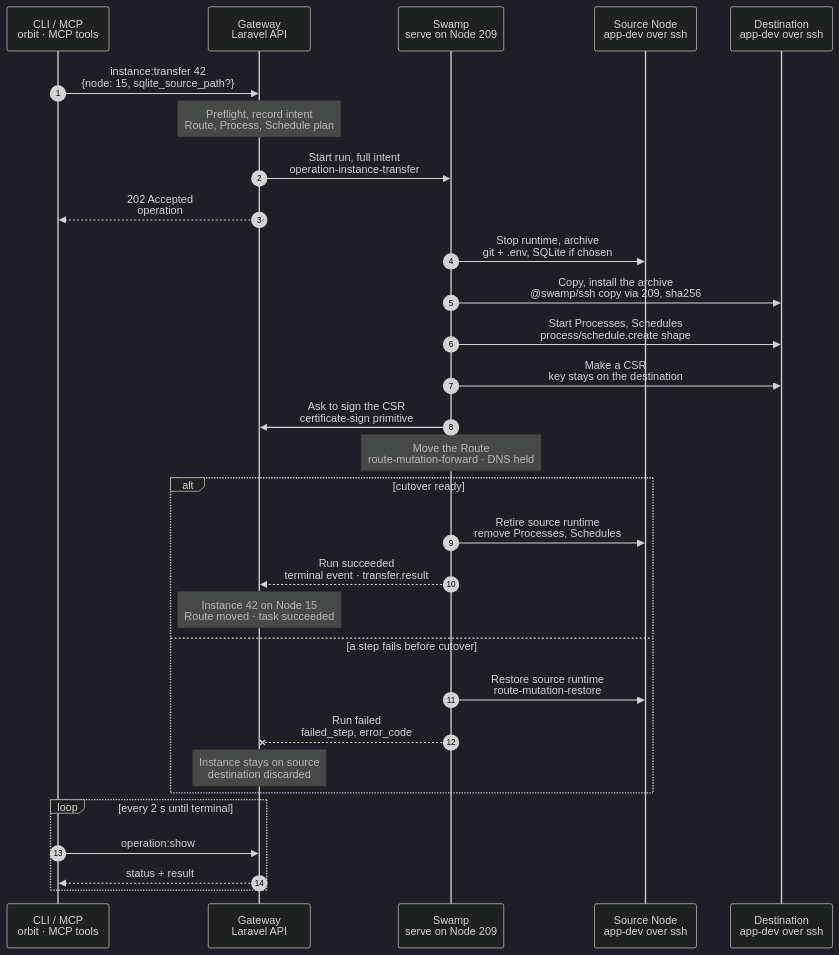
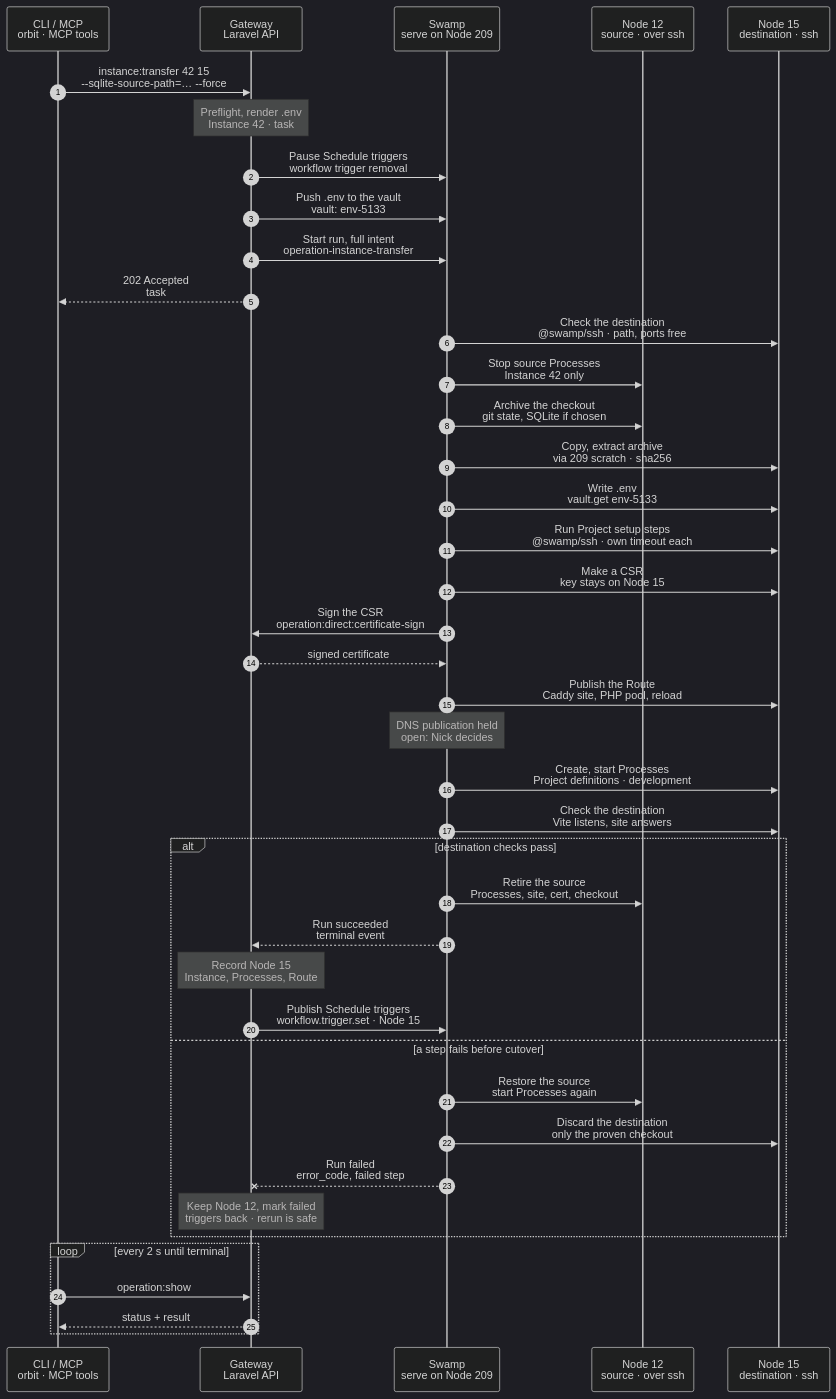
One commit to hardimpactdev/orbit changed the diagram in docs/flows/instance.transfer.mmd. Above: the diagram before and after it, drawn with Mermaid (dark theme). The commit also changed 10 other files, not shown here.

First line of the commit message:
docs(flows): wave 3 charts (dev Instance lifecycle, Project maintenance) (#2436)

```diff
--- a/docs/flows/instance.transfer.mmd
+++ b/docs/flows/instance.transfer.mmd
@@ -1,37 +1,173 @@
 sequenceDiagram
-  %% Target design: ADR 0244 task + full intent as inputs, single-swamp-node; DECISIONS scope (SQLite only when chosen, Schedules move, cert from destination CSR in-run) + 2 (DNS held).
+  %% Target design: ADR 0244 task + full intent as inputs, R1-R4, single-swamp-node; DECISIONS scope (SQLite only when chosen, Schedules move, cert from destination CSR in-run), 1 (signing is the one step→Gateway call), 2 (DNS held); .env and Processes as in instance.create. docs/reference/instance-transfer.md.
   %% status: draft
+  %% command: instance:transfer
   autonumber
   %% lane CLI icon=terminal pill=caller tone=gray
   %% lane GW icon=gateway pill=intent tone=blue
   %% lane SW icon=workflow pill=executes tone=green
   %% lane S icon=server pill=target tone=amber
   %% lane D icon=server pill=target tone=purple
   participant CLI as CLI / MCP<br/>orbit · MCP tools
   participant GW as Gateway<br/>Laravel API
   participant SW as Swamp<br/>serve on Node 209
-  participant S as Source Node<br/>app-dev over ssh
-  participant D as Destination<br/>app-dev over ssh
-  CLI->>GW: instance:transfer 42<br/>{node: 15, sqlite_source_path?}
-  Note over GW: Preflight, record intent<br/>Route, Process, Schedule plan
+  participant S as Node 12<br/>source · over ssh
+  participant D as Node 15<br/>destination · ssh
+  CLI->>GW: instance:transfer 42 15<br/>--sqlite-source-path=… --force
+  %%> Command:
+  %%> - `orbit instance:transfer 42 15 --sqlite-source-path=/fast/apps/acme/feature/database/database.sqlite --force`
+  %%> - syntax: `<instance> <node> [--name=NAME] [--sqlite-source-path=PATH] [--force] [--idempotency-key=KEY] [--json]`
+  %%> What it does:
+  %%> - moves development Instance 42 from Node 12 to Node 15; the Instance id and Project stay
+  %%> Confirmation:
+  %%> - without `--force`, the CLI asks for consent that names the source, destination and downtime; the default is No
+  %%> - without a terminal, or with `--json`, `--force` is required
+  %%> Options:
+  %%> - `--name`: another Instance name on Node 15
+  %%> - `--sqlite-source-path`: also copy this SQLite file; without it, no database file moves
+  Note over GW: Preflight, render .env<br/>Instance 42 · task #5133
+  %%> Requirements:
+  %%> - your Node has access grants to Node 12 and Node 15
+  %%> - both Nodes have the `app-dev` role and belong to active Clusters
+  %%> - Project 7 may be placed on Node 15, and the destination path is free
+  %%> - Instance 42 is an active development Instance with one active Route, and no removal runs
+  %%> Plans:
+  %%> - the Processes from Project 7's definitions for `development`, with Node 15's ports
+  %%> - the Route on Node 15, and the Schedules' new target
+  %%> Renders .env:
+  %%> - from the stored environment of Instance 42, with Node 15 values such as `APP_URL`
+  %%> Result:
+  %%> - Instance 42 marked transferring; task #5133 recorded with the full intent
+  GW->>SW: Pause Schedule triggers<br/>workflow trigger removal
+  %%> What it does:
+  %%> - removes the native Swamp schedule trigger of each Schedule of Instance 42
+  %%> - there is no Node work here; Schedules install nothing on Nodes
+  %%> Why:
+  %%> - no fire runs against Node 12 during the move
+  GW->>SW: Push .env to the vault<br/>vault: env-5133
+  %%> Why:
+  %%> - `.env` can hold secrets, which travel only through the vault
+  %%> Result:
+  %%> - the run reads it with `vault.get`; no step asks the Gateway for it
   GW->>SW: Start run, full intent<br/>operation-instance-transfer
-  GW-->>CLI: 202 Accepted<br/>operation #5133
-  SW->>S: Stop runtime, archive<br/>git + .env, SQLite if chosen
-  SW->>D: Copy, install the archive<br/>@swamp/ssh copy via 209, sha256
-  SW->>D: Start Processes, Schedules<br/>process/schedule.create shape
-  SW->>D: Make a CSR<br/>key stays on the destination
-  SW->>GW: Ask to sign the CSR<br/>certificate-sign primitive
-  Note over SW: Move the Route<br/>route-mutation-forward · DNS held
-  alt cutover ready
-    SW->>S: Retire source runtime<br/>remove Processes, Schedules
-    SW-->>GW: Run succeeded<br/>terminal event · transfer.result
-    Note over GW: Instance 42 on Node 15<br/>Route moved · task succeeded
+  %%> What it does:
+  %%> - starts one run of `operation-instance-transfer` on Swamp serve (Node 209)
+  %%> Inputs:
+  %%> - both Nodes' addresses and SSH host keys; the SSH identity comes from the `swamp` role
+  %%> - paths, Process plan, Route plan, SQLite path when chosen
+  %%> - secrets only as vault key names
+  GW-->>CLI: 202 Accepted<br/>task #5133
+  %%> What you get:
+  %%> - the task number, at once
+  %%> Next:
+  %%> - the CLI follows the task with `operation:show`
+  SW->>D: Check the destination<br/>@swamp/ssh · path, ports free
+  %%> What it does:
+  %%> - checks that the destination path is free and the planned ports are unused
+  %%> Why first:
+  %%> - Node 12 keeps running until Node 15 is known to be ready
+  SW->>S: Stop source Processes<br/>Instance 42 only
+  %%> What it does:
+  %%> - stops the Processes of Instance 42 on Node 12; downtime starts here
+  %%> Keeps:
+  %%> - the Process units, for a restore if the move fails
+  SW->>S: Archive the checkout<br/>git state, SQLite if chosen
+  %%> What it does:
+  %%> - packs the Git history, branch, origin, index, unstaged edits and untracked files
+  %%> - adds the SQLite file only when `--sqlite-source-path` was given
+  %%> Not included:
+  %%> - `.env`; the Gateway rendered a new one for Node 15
+  %%> Linked worktree:
+  %%> - becomes an independent checkout on Node 15; the common repository on Node 12 stays unchanged
+  SW->>D: Copy, extract archive<br/>via 209 scratch · sha256
+  %%> How:
+  %%> - copies the archive over `@swamp/ssh` through private scratch space on 209, and checks its hash
+  %%> What it does:
+  %%> - extracts it into the destination path, as Node 15's managed user
+  %%> Refuses:
+  %%> - paths or links that escape the checkout
+  %%> Cleanup:
+  %%> - removes the scratch archives on all three Nodes
+  SW->>D: Write .env<br/>vault.get env-5133
+  %%> What it does:
+  %%> - writes the rendered `.env` from the vault into the checkout, readable only by its owner
+  SW->>D: Run Project setup steps<br/>@swamp/ssh · own timeout each
+  %%> What it does:
+  %%> - runs the Project's setup steps, as in `instance:create`, so dependencies match Node 15
+  %%> Typical steps:
+  %%> - `composer install`, `vp install`, `php artisan migrate`
+  SW->>D: Make a CSR<br/>key stays on Node 15
+  %%> What it does:
+  %%> - creates a private key and a certificate signing request for the Route's domain
+  %%> Why:
+  %%> - the private key never leaves the Node that serves the Route
+  SW->>GW: Sign the CSR<br/>operation:direct:certificate-sign
+  %%> Why a call to the Gateway:
+  %%> - only the Gateway holds the Orbit CA key
+  %%> - this is the one call a step may make to the Gateway (decision 1)
+  GW-->>SW: signed certificate
+  %%> Returns:
+  %%> - the certificate for the CSR, scoped to task #5133
+  SW->>D: Publish the Route<br/>Caddy site, PHP pool, reload
+  %%> What it does:
+  %%> - installs the certificate, the Caddy site and the PHP pool on Node 15
+  %%> - reloads Caddy; no restart
+  %%> Cutover:
+  %%> - from here Node 15 serves Instance 42
+  Note over SW: DNS publication held<br/>open: Nick decides
+  %%> Open:
+  %%> - DNS publication for Routes is on hold (`native-dns-takeover-held`)
+  %%> - until Nick decides, the run changes no DNS record
+  SW->>D: Create, start Processes<br/>Project definitions · development
+  %%> What it does:
+  %%> - creates the Instance's Processes on Node 15 from Project 7's definitions for `development`, and starts them
+  %%> - Processes recorded as stopped stay stopped
+  SW->>D: Check the destination<br/>Vite listens, site answers
+  %%> What it does:
+  %%> - checks that the Processes run and the Route answers on Node 15
+  alt destination checks pass
+    SW->>S: Retire the source<br/>Processes, site, cert, checkout
+    %%> What it does:
+    %%> - removes the Process units, Caddy site, PHP pool and certificate of Instance 42 on Node 12, and reloads Caddy
+    %%> - deletes only the checkout whose identity the run captured
+    %%> If it fails:
+    %%> - Node 15 stays authoritative; the leftovers on Node 12 are reported for repair
+    SW-->>GW: Run succeeded<br/>terminal event
+    %%> How the Gateway learns it:
+    %%> - its shared run reader sees the terminal event; Swamp never calls the Gateway
+    Note over GW: Record Node 15<br/>Instance, Processes, Route
+    %%> Result:
+    %%> - Instance 42, its Processes and its Route are recorded on Node 15, in one change
+    %%> - task #5133 succeeds
+    GW->>SW: Publish Schedule triggers<br/>workflow.trigger.set · Node 15
+    %%> What it does:
+    %%> - sets each Schedule's trigger again, now with Node 15 as its target
+    %%> Result:
+    %%> - the Schedules have moved; their next fire runs on Node 15
   else a step fails before cutover
-    SW->>S: Restore source runtime<br/>route-mutation-restore
-    SW--xGW: Run failed<br/>failed_step, error_code
-    Note over GW: Instance stays on source<br/>destination discarded
+    SW->>S: Restore the source<br/>start Processes again
+    %%> What it does:
+    %%> - starts the Processes of Instance 42 on Node 12 again; the source is untouched otherwise
+    SW->>D: Discard the destination<br/>only the proven checkout
+    %%> What it does:
+    %%> - removes what the run created on Node 15, and only that
+    %%> If cleanup fails:
+    %%> - the leftovers stay visible as a failure; nothing unproven is deleted
+    SW--xGW: Run failed<br/>error_code, failed step
+    %%> The Gateway reads:
+    %%> - which step failed and its error code
+    Note over GW: Keep Node 12, mark failed<br/>triggers back · rerun is safe
+    %%> Result:
+    %%> - Instance 42 stays on Node 12, active again; task #5133 fails
+    %%> - the Gateway sets the Schedule triggers again for Node 12
+    %%> Retry:
+    %%> - run the same command again; it is a new task
   end
   loop every 2 s until terminal
     CLI->>GW: operation:show #5133
+    %%> What it does:
+    %%> - asks for the task's status every 2 seconds until it has ended
     GW-->>CLI: status + result
+    %%> Returns:
+    %%> - the current status, and the result once the task has ended
   end
```
